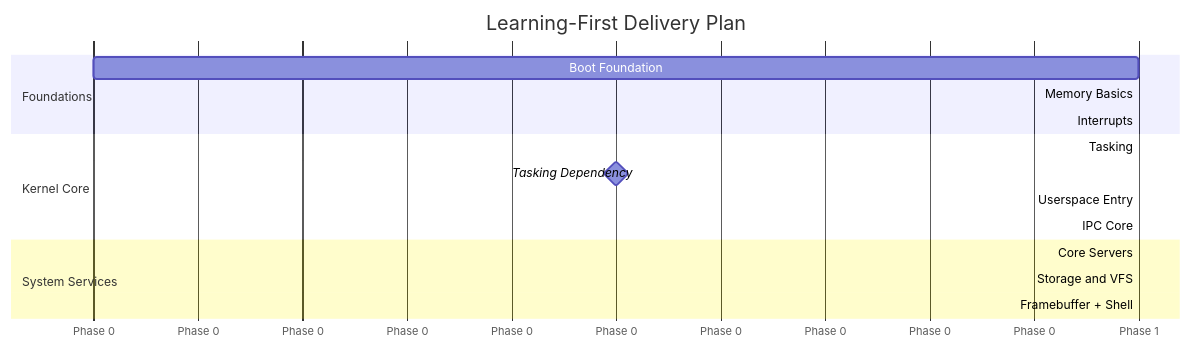
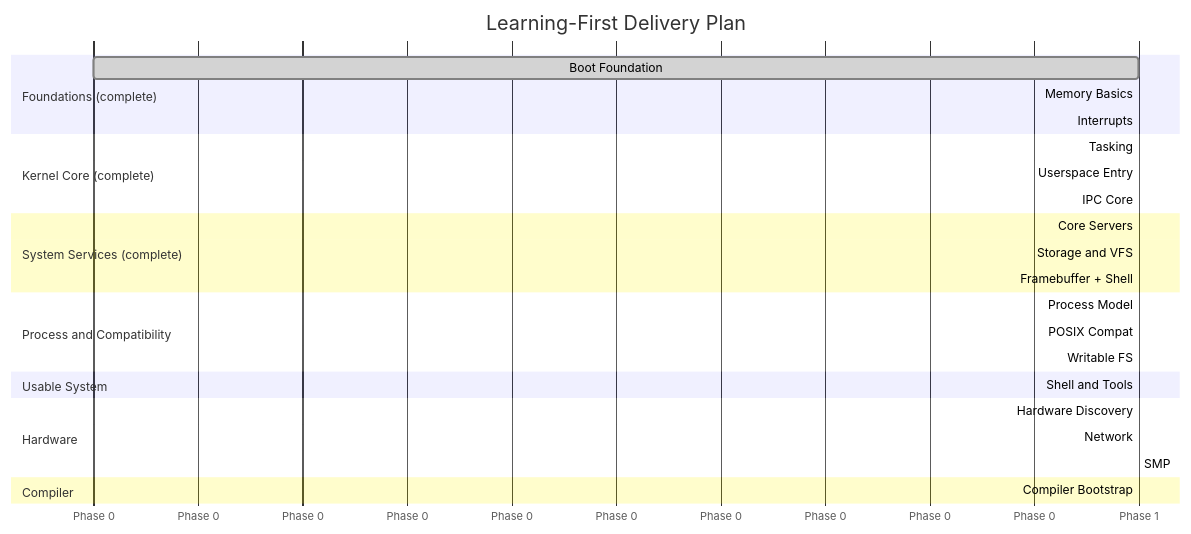
The second of 2 diagrams in docs/roadmap/README.md (mikecubed/m3OS), drawn with Mermaid before and after one commit. The commit also changed other lines of this file and 21 other files, not shown here.

First line of the commit message:
Add extended roadmap phases 11-18 and Phase 11 task list

````diff
--- a/docs/roadmap/README.md
+++ b/docs/roadmap/README.md
@@ -70,22 +99,37 @@
 ```mermaid
 gantt
     title Learning-First Delivery Plan
     dateFormat X
     axisFormat Phase %s
 
-    section Foundations
-    Boot Foundation      :p1, 0, 1
-    Memory Basics        :p2, after p1, 1
-    Interrupts           :p3, after p1, 1
+    section Foundations (complete)
+    Boot Foundation      :done, p1, 0, 1
+    Memory Basics        :done, p2, after p1, 1
+    Interrupts           :done, p3, after p1, 1
 
-    section Kernel Core
-    Tasking              :p4, after p2, 1
-    Tasking Dependency   :milestone, after p3, 0
-    Userspace Entry      :p5, after p4, 1
-    IPC Core             :p6, after p5, 1
+    section Kernel Core (complete)
+    Tasking              :done, p4, after p2, 1
+    Userspace Entry      :done, p5, after p4, 1
+    IPC Core             :done, p6, after p5, 1
 
-    section System Services
-    Core Servers         :p7, after p6, 1
-    Storage and VFS      :p8, after p7, 1
-    Framebuffer + Shell  :p9, after p8, 1
+    section System Services (complete)
+    Core Servers         :done, p7, after p6, 1
+    Storage and VFS      :done, p8, after p7, 1
+    Framebuffer + Shell  :done, p9, after p8, 1
+
+    section Process and Compatibility
+    Process Model        :p11, after p9, 1
+    POSIX Compat         :p12, after p11, 1
+    Writable FS          :p13, after p8, 1
+
+    section Usable System
+    Shell and Tools      :p14, after p12, 1
+
+    section Hardware
+    Hardware Discovery   :p15, after p3, 1
+    Network              :p16, after p15, 1
+    SMP                  :p17, after p15, 1
+
+    section Compiler
+    Compiler Bootstrap   :p18, after p14, 1
 ```
````
